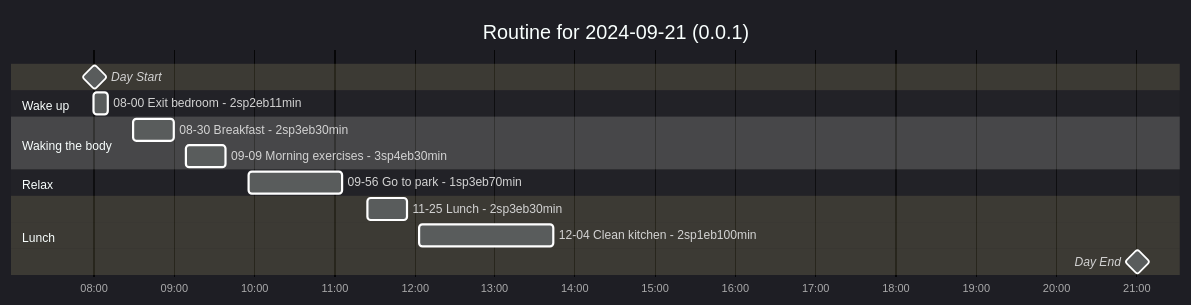
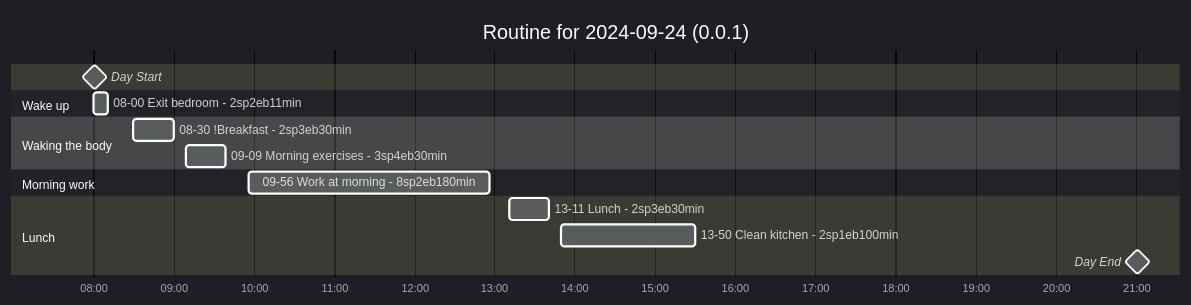
The diagram in readme.org (thisago/routineParser), drawn with Mermaid before and after one commit. The commit also changed other lines of this file and 3 other files, not shown here.

```diff
--- a/readme.org
+++ b/readme.org
@@ -107,25 +105,25 @@
 #+begin_src mermaid :file example.svg
 %%{init: { 'theme': 'dark' } }%%
 gantt
-  title Routine for 2024-09-21 (0.0.1)
+  title Routine for 2024-09-24 (0.0.1)
   dateFormat HH:mm
   axisFormat %H:%M
 
   Day Start : milestone, m1, 08:00, 2m
 
   section Wake up
   08-00 Exit bedroom - 2sp2eb11min : 08:00, 11m
 
   section Waking the body
-  08-30 Breakfast - 2sp3eb30min : 08:30, 30m
+  08-30 !Breakfast - 2sp3eb30min : 08:30, 30m
   09-09 Morning exercises - 3sp4eb30min : 09:09, 30m
 
-  section Relax
-  09-56 Go to park - 1sp3eb70min : 09:56, 70m
+  section Morning work
+  09-56 Work at morning - 8sp2eb180min : 09:56, 180m
 
   section Lunch
-  11-25 Lunch - 2sp3eb30min : 11:25, 30m
-  12-04 Clean kitchen - 2sp1eb100min : 12:04, 100m
+  13-11 Lunch - 2sp3eb30min : 13:11, 30m
+  13-50 Clean kitchen - 2sp1eb100min : 13:50, 100m
 
   Day End : milestone, m2, 21:00, 2m
 #+end_src
```
